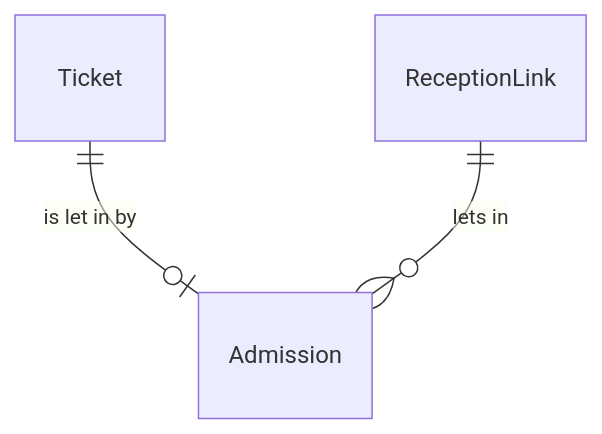
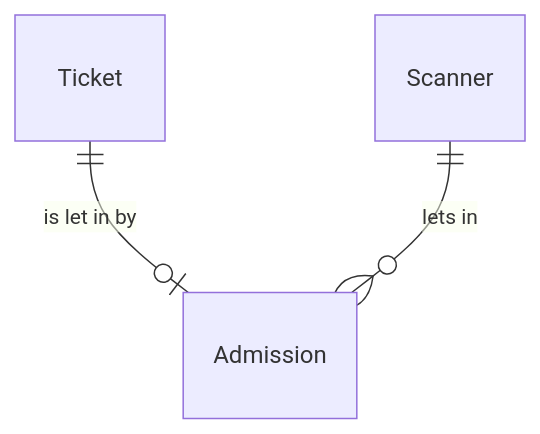
One commit to liverty-music/specification changed the diagram in openspec/specs/components/entity/admission/spec.md. Above: the diagram before and after it, drawn with Mermaid. The commit also changed other lines of this file and 8 other files, not shown here.

First line of the commit message:
docs(openspec): name the Scanner in the admission and rejected-scan Purposes

````diff
--- a/openspec/specs/components/entity/admission/spec.md
+++ b/openspec/specs/components/entity/admission/spec.md
@@ -13,5 +13,5 @@
 ```mermaid
 erDiagram
   Ticket ||--o| Admission : "is let in by"
-  ReceptionLink ||--o{ Admission : "lets in"
+  Scanner ||--o{ Admission : "lets in"
 ```
````
